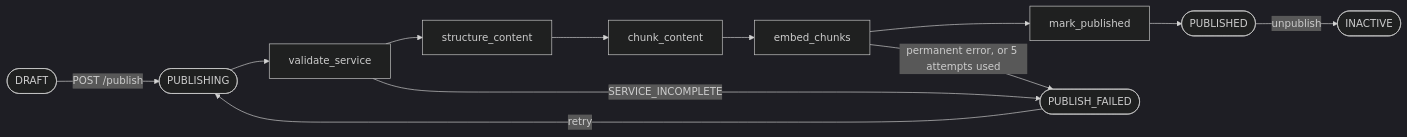
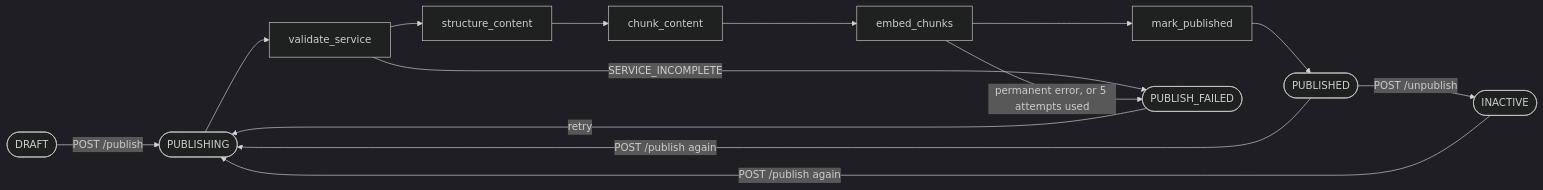
Before and after one commit to Fawwad795/smarthealth-fawwad: the second of 3 diagrams in docs/design.md, drawn with Mermaid (dark theme). The commit also changed other lines of this file and 3 other files, not shown here.

Commit message:
docs: document re-publishing, unpublish and the publish row lock

````diff
--- a/docs/design.md
+++ b/docs/design.md
@@ -640,10 +644,12 @@
 ```mermaid
 flowchart LR
     D([DRAFT]) -->|POST /publish| P([PUBLISHING])
     P --> V[validate_service] --> S[structure_content] --> C[chunk_content] --> E[embed_chunks] --> M[mark_published]
     M --> PUB([PUBLISHED])
     V -->|SERVICE_INCOMPLETE| F([PUBLISH_FAILED])
     E -->|permanent error, or 5 attempts used| F
     F -->|retry| P
-    PUB -->|unpublish| I([INACTIVE])
+    PUB -->|POST /unpublish| I([INACTIVE])
+    PUB -->|POST /publish again| P
+    I -->|POST /publish again| P
 ```
````
